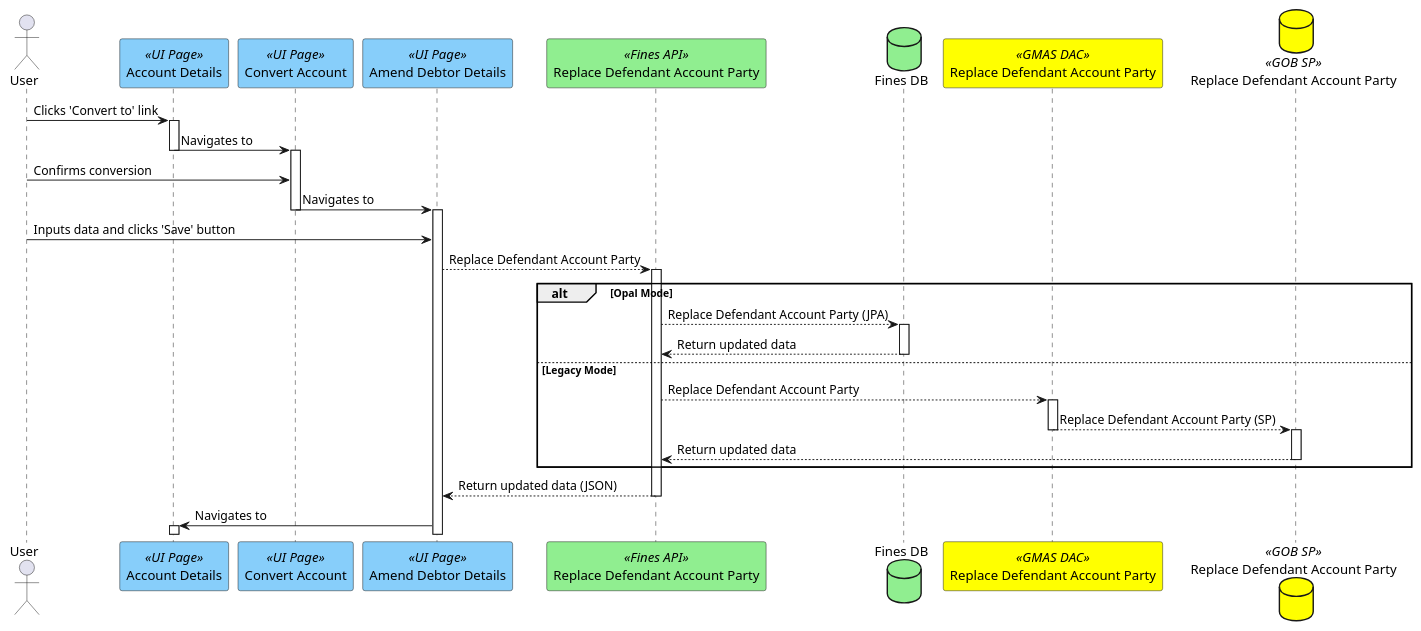
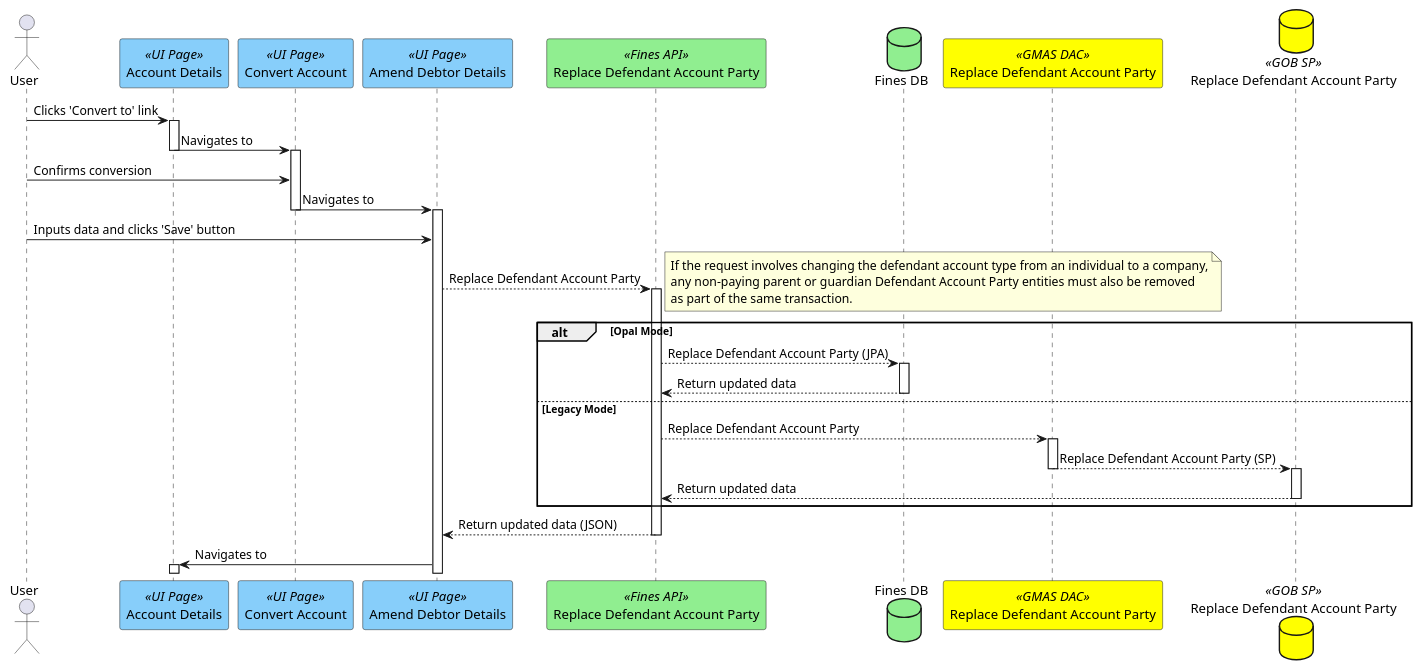
One commit to hmcts/opal-docs changed the diagram in plantUML/fae-convert-defendant-type/convert-defendant-type.puml. Above: the diagram before and after it, drawn with PlantUML.

Commit message:
convert-defendant-type extra note

```diff
--- a/plantUML/fae-convert-defendant-type/convert-defendant-type.puml
+++ b/plantUML/fae-convert-defendant-type/convert-defendant-type.puml
@@ -1,28 +1,33 @@
 @startuml
 actor "User" as user
 participant "Account Details" as viewAccount <<UI Page>> #lightskyblue
 participant "Convert Account" as conAcc <<UI Page>> #lightskyblue
 participant "Amend Debtor Details" as amendDD <<UI Page>> #lightskyblue
 participant "Replace Defendant Account Party" as replaceDefAccParty <<Fines API>> #lightgreen
 database "Fines DB" as db #lightgreen
 participant "Replace Defendant Account Party" as gmasdac <<GMAS DAC>> #yellow
 database "Replace Defendant Account Party" as gobsp <<GOB SP>> #yellow
 
 user ->  viewAccount ++ : Clicks 'Convert to' link
 viewAccount -> conAcc --++ : Navigates to
 user ->  conAcc : Confirms conversion
 conAcc -> amendDD --++ : Navigates to
 user ->  amendDD : Inputs data and clicks 'Save' button
 amendDD --> replaceDefAccParty ++: Replace Defendant Account Party
+note right
+If the request involves changing the defendant account type from an individual to a company,
+any non-paying parent or guardian Defendant Account Party entities must also be removed
+as part of the same transaction.
+end note
 alt Opal Mode
 replaceDefAccParty --> db ++: Replace Defendant Account Party (JPA)
 db --> replaceDefAccParty --: Return updated data
 else Legacy Mode
 replaceDefAccParty --> gmasdac ++: Replace Defendant Account Party
 gmasdac --> gobsp --++: Replace Defendant Account Party (SP)
 gobsp --> replaceDefAccParty --: Return updated data
 end
 replaceDefAccParty --> amendDD --: Return updated data (JSON)
 amendDD -> viewAccount ++: Navigates to
 
 @enduml
```
